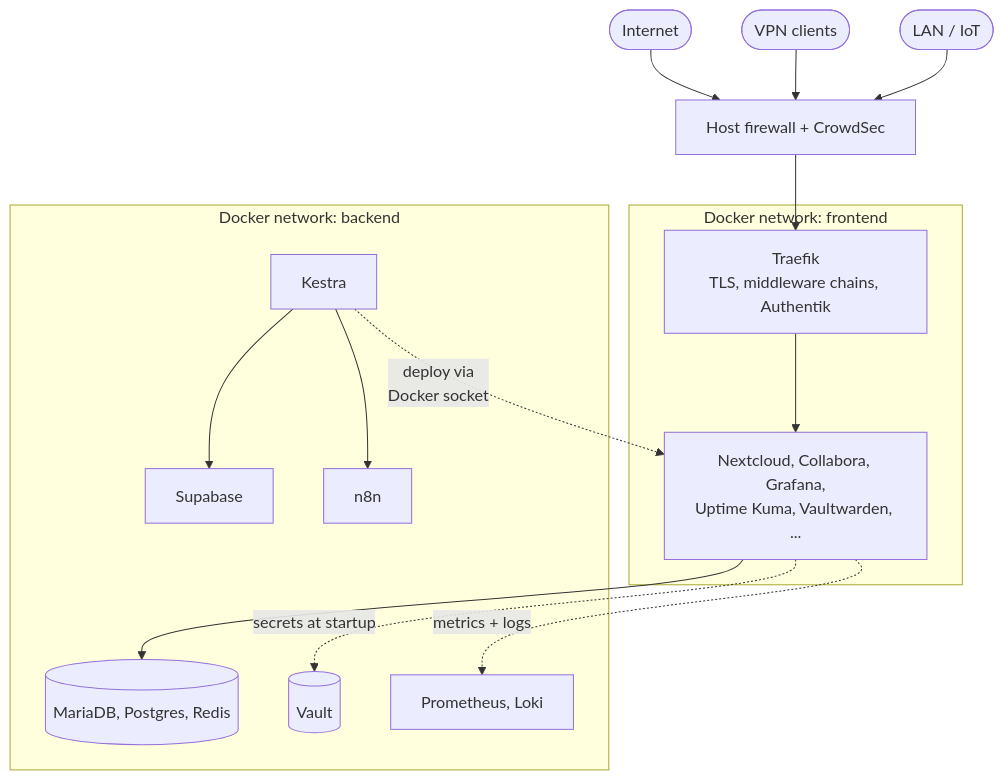
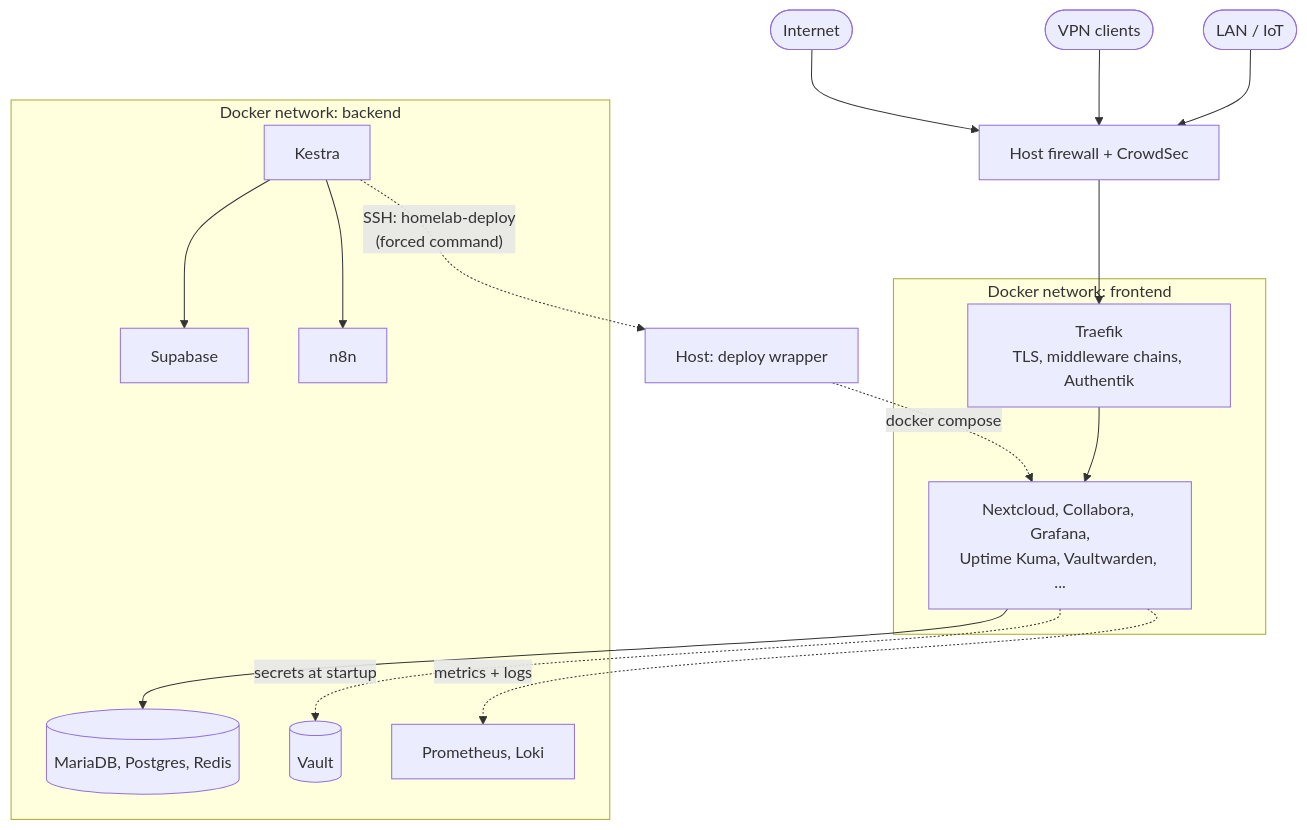
One commit to chri-hoff/homelab-showcase changed the diagram in README.md. Above: the diagram before and after it, drawn with Mermaid. The commit also changed other lines of this file and 73 other files, not shown here.

````diff
--- a/README.md
+++ b/README.md
@@ -20,28 +22,29 @@
 ```mermaid
 flowchart TB
     Internet(["Internet"]) --> FW["Host firewall + CrowdSec"]
     VPN(["VPN clients"]) --> FW
     LAN(["LAN / IoT"]) --> FW
     FW --> T["Traefik<br/>TLS, middleware chains, Authentik"]
 
     subgraph frontend["Docker network: frontend"]
         T
         Apps["Nextcloud, Collabora, Grafana,<br/>Uptime Kuma, Vaultwarden, ..."]
     end
     subgraph backend["Docker network: backend"]
         DB[("MariaDB, Postgres, Redis")]
         V[("Vault")]
         K["Kestra"]
         S["Supabase"]
         N["n8n"]
         Obs["Prometheus, Loki"]
     end
 
     T --> Apps
     Apps --> DB
     Apps -. "secrets at startup" .-> V
     K --> S
     K --> N
-    K -. "deploy via<br/>Docker socket" .-> Apps
+    K -. "SSH: homelab-deploy<br/>(forced command)" .-> Host["Host: deploy wrapper"]
+    Host -. "docker compose" .-> Apps
     Apps -. "metrics + logs" .-> Obs
 ```
````
